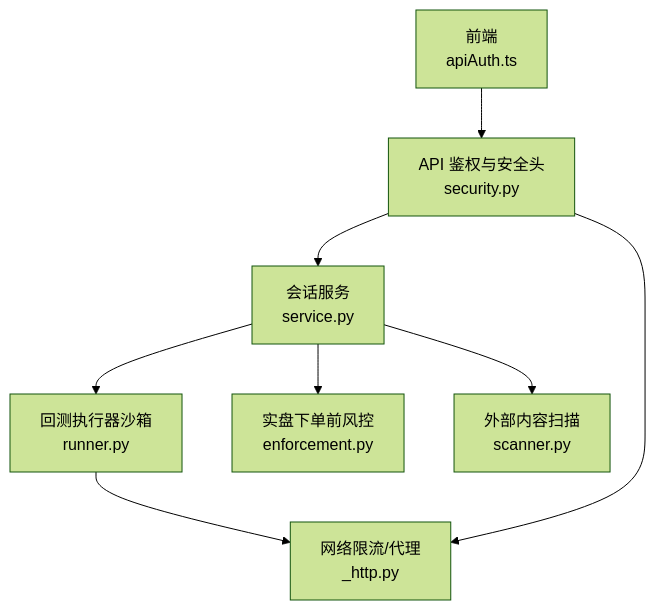
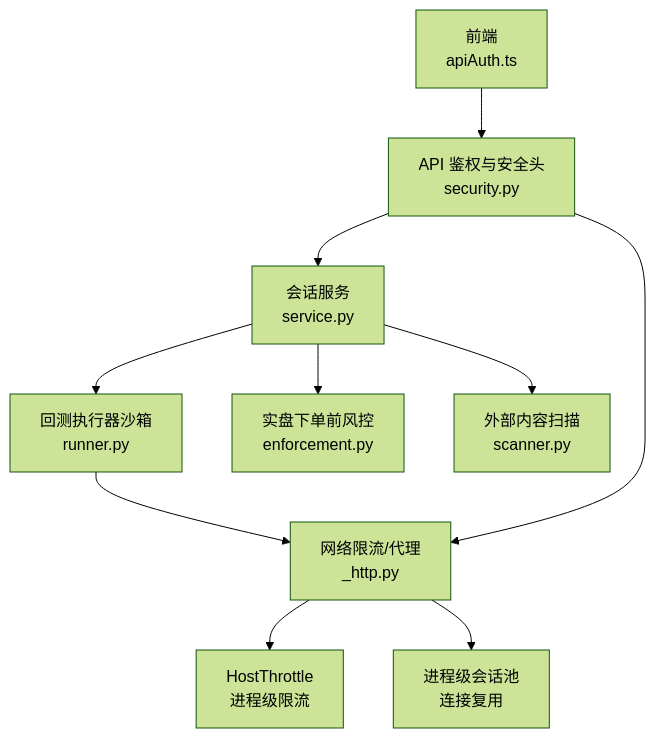
The first of 8 diagrams in .qoder/repowiki/zh/content/安全系统/安全系统.md (20012002er/Vibe-Trading), drawn with Mermaid (forest theme) before and after one commit. The commit also changed other lines of this file and 5 other files, not shown here.

````diff
--- a/.qoder/repowiki/zh/content/安全系统/安全系统.md
+++ b/.qoder/repowiki/zh/content/安全系统/安全系统.md
@@ -34,10 +46,12 @@
 ```mermaid
 graph TB
 FE["前端<br/>apiAuth.ts"] --> API["API 鉴权与安全头<br/>security.py"]
 API --> SESS["会话服务<br/>service.py"]
 SESS --> RUNNER["回测执行器沙箱<br/>runner.py"]
 SESS --> LIVE["实盘下单前风控<br/>enforcement.py"]
 RUNNER --> NET["网络限流/代理<br/>_http.py"]
+NET --> THROTTLE["HostThrottle<br/>进程级限流"]
+NET --> SESSIONS["进程级会话池<br/>连接复用"]
 SESS --> SCAN["外部内容扫描<br/>scanner.py"]
 API --> NET
 ```
````
